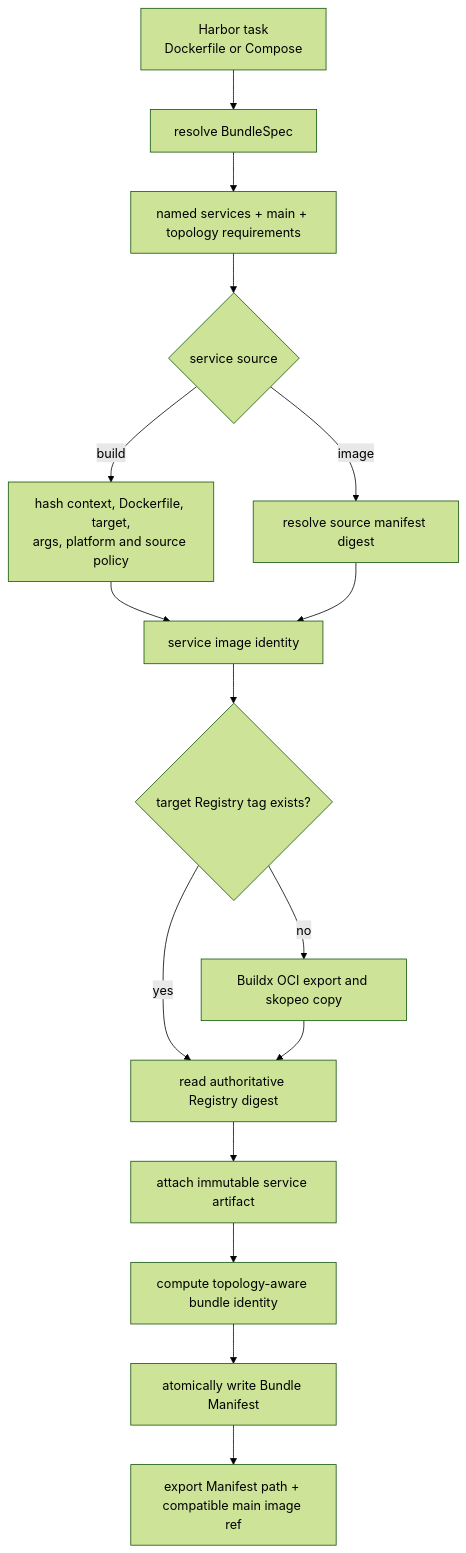
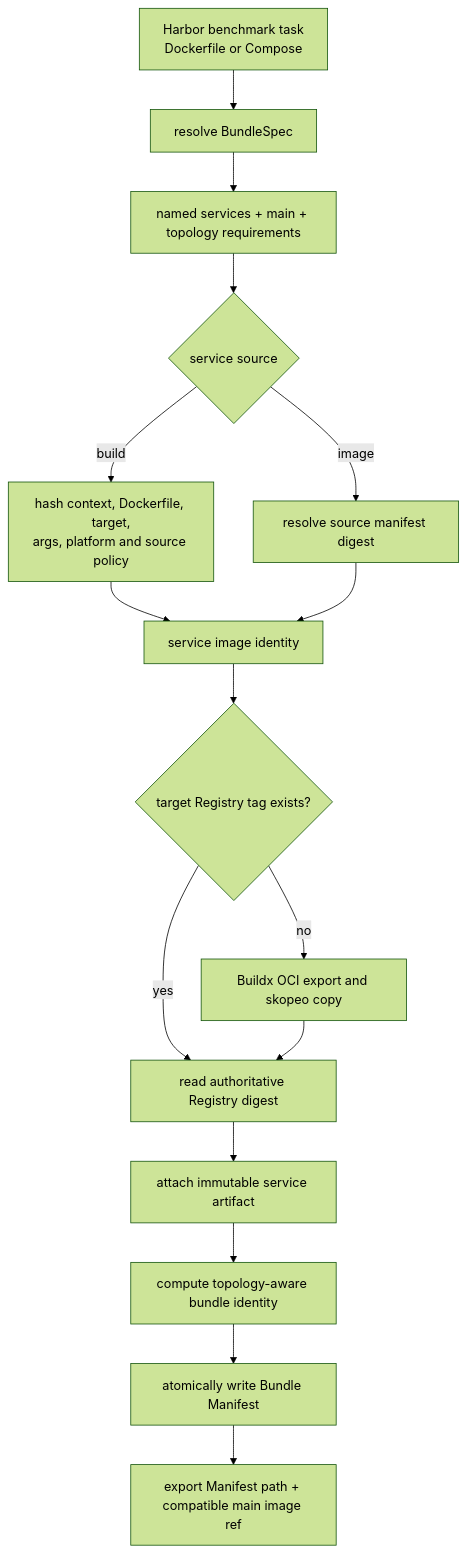
Before and after one commit to LJXLJXLJX/agent-fleet: the diagram in Agents/utils/common/Harbor/OPENSANDBOX_IMAGE_MANAGER.md, drawn with Mermaid (forest theme). The commit also changed other lines of this file and 6 other files, not shown here.

````diff
--- a/Agents/utils/common/Harbor/OPENSANDBOX_IMAGE_MANAGER.md
+++ b/Agents/utils/common/Harbor/OPENSANDBOX_IMAGE_MANAGER.md
@@ -20,18 +21,18 @@
 ```mermaid
 graph TD
-    A["Harbor task<br/>Dockerfile or Compose"] --> B["resolve BundleSpec"]
+    A["Harbor benchmark task<br/>Dockerfile or Compose"] --> B["resolve BundleSpec"]
     B --> C["named services + main + topology requirements"]
     C --> D{"service source"}
     D -- build --> E["hash context, Dockerfile, target,<br/>args, platform and source policy"]
     D -- image --> F["resolve source manifest digest"]
     E --> G["service image identity"]
     F --> G
     G --> H{"target Registry tag exists?"}
     H -- yes --> I["read authoritative Registry digest"]
     H -- no --> J["Buildx OCI export and skopeo copy"]
     J --> I
     I --> K["attach immutable service artifact"]
     K --> L["compute topology-aware bundle identity"]
     L --> M["atomically write Bundle Manifest"]
     M --> N["export Manifest path + compatible main image ref"]
 ```
````
